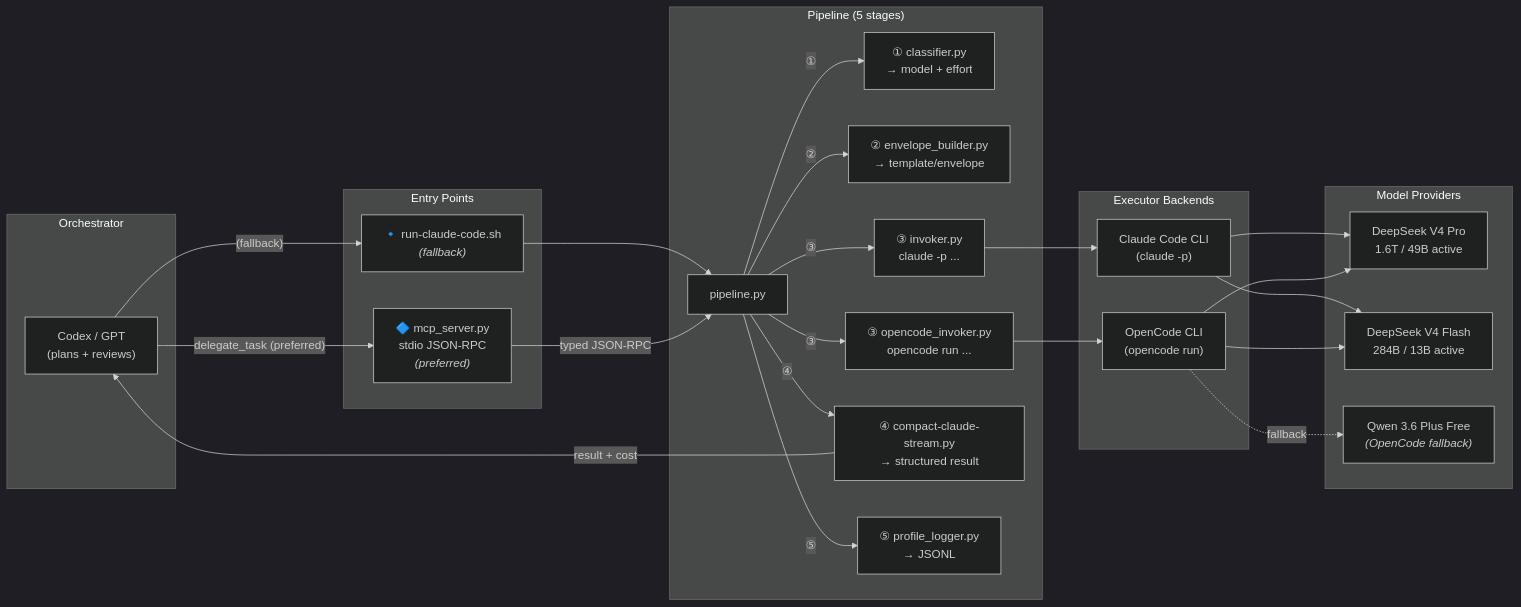
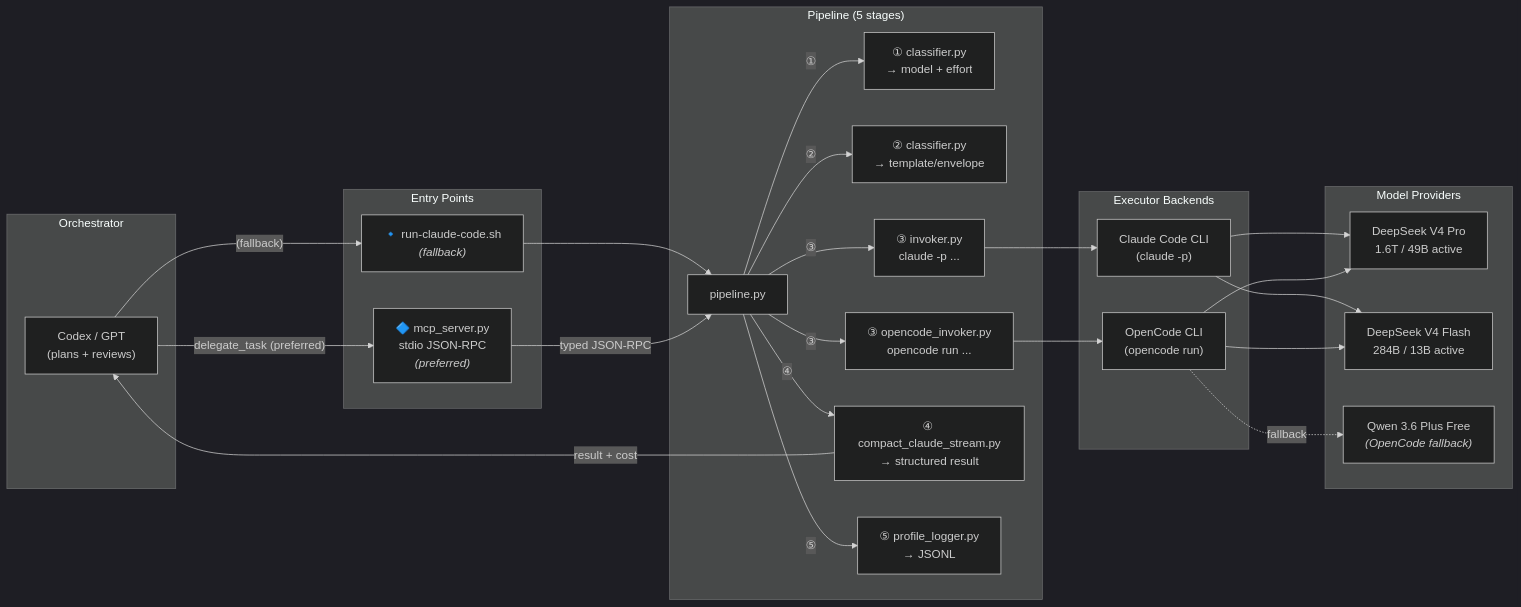
One commit to DongL/claude-code-delegate changed the first of 2 diagrams in README.md. Above: the diagram before and after it, drawn with Mermaid (dark theme). The commit also changed other lines of this file and 18 other files, not shown here.

````diff
--- a/README.md
+++ b/README.md
@@ -10,51 +10,51 @@
 ```mermaid
 flowchart LR
     subgraph Orchestrator["Orchestrator"]
         Codex["Codex / GPT<br/>(plans + reviews)"]
     end
 
     subgraph Entry["Entry Points"]
         MCP["🔷 mcp_server.py<br/>stdio JSON-RPC<br/><i>(preferred)</i>"]
         SH["🔹 run-claude-code.sh<br/><i>(fallback)</i>"]
     end
 
     subgraph Pipeline["Pipeline (5 stages)"]
         P["pipeline.py"]
         CL["① classifier.py<br/>→ model + effort"]
-        EV["② envelope_builder.py<br/>→ template/envelope"]
+        EV["② classifier.py<br/>→ template/envelope"]
         IV["③ invoker.py<br/>claude -p ..."]
         OI["③ opencode_invoker.py<br/>opencode run ..."]
-        CT["④ compact-claude-stream.py<br/>→ structured result"]
+        CT["④ compact_claude_stream.py<br/>→ structured result"]
         PL["⑤ profile_logger.py<br/>→ JSONL"]
     end
 
     subgraph Backends["Executor Backends"]
         CC["Claude Code CLI<br/>(claude -p)"]
         OC["OpenCode CLI<br/>(opencode run)"]
     end
 
     subgraph Models["Model Providers"]
         PRO["DeepSeek V4 Pro<br/>1.6T / 49B active"]
         FLASH["DeepSeek V4 Flash<br/>284B / 13B active"]
         QWEN["Qwen 3.6 Plus Free<br/><i>(OpenCode fallback)</i>"]
     end
 
     Codex -->|"delegate_task (preferred)"| MCP
     Codex -->|"(fallback)"| SH
     SH --> P
     MCP -->|typed JSON-RPC| P
     P -->|①| CL
     P -->|②| EV
     P -->|③| IV
     P -->|③| OI
     IV --> CC
     OI --> OC
     CC --> PRO
     CC --> FLASH
     OC --> PRO
     OC --> FLASH
     OC -.->|fallback| QWEN
     P -->|④| CT
     P -->|⑤| PL
     CT -->|result + cost| Codex
 ```
````
